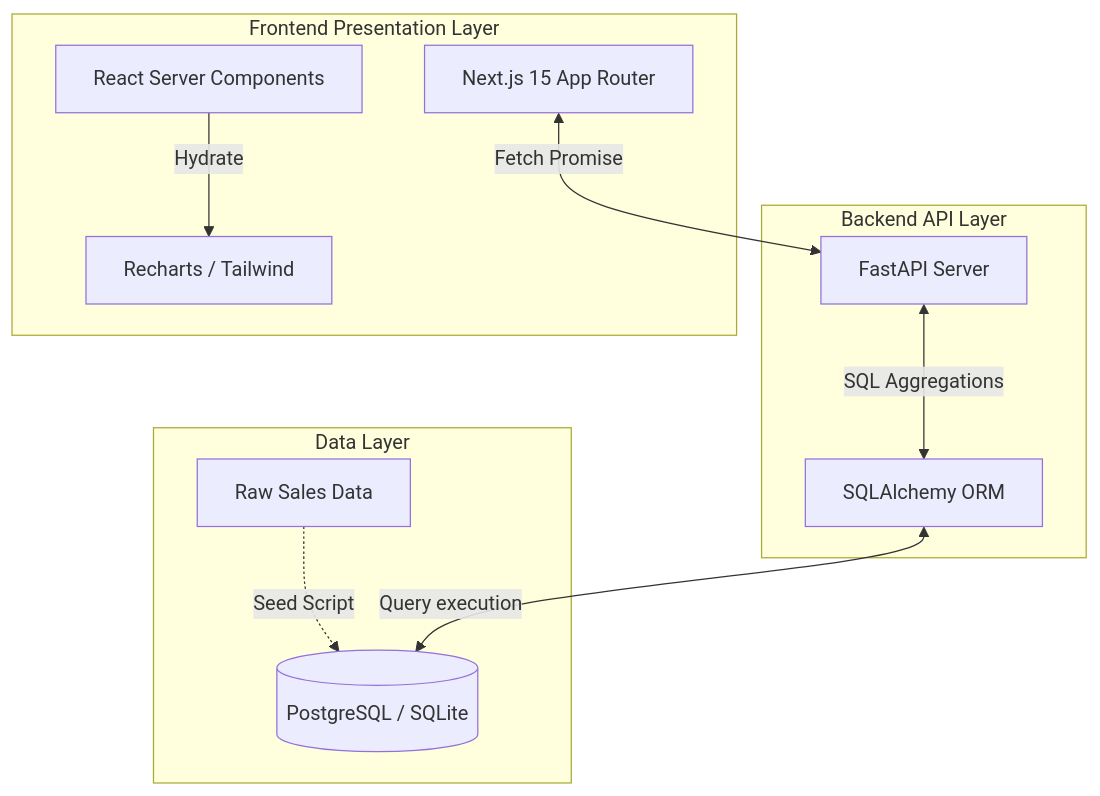
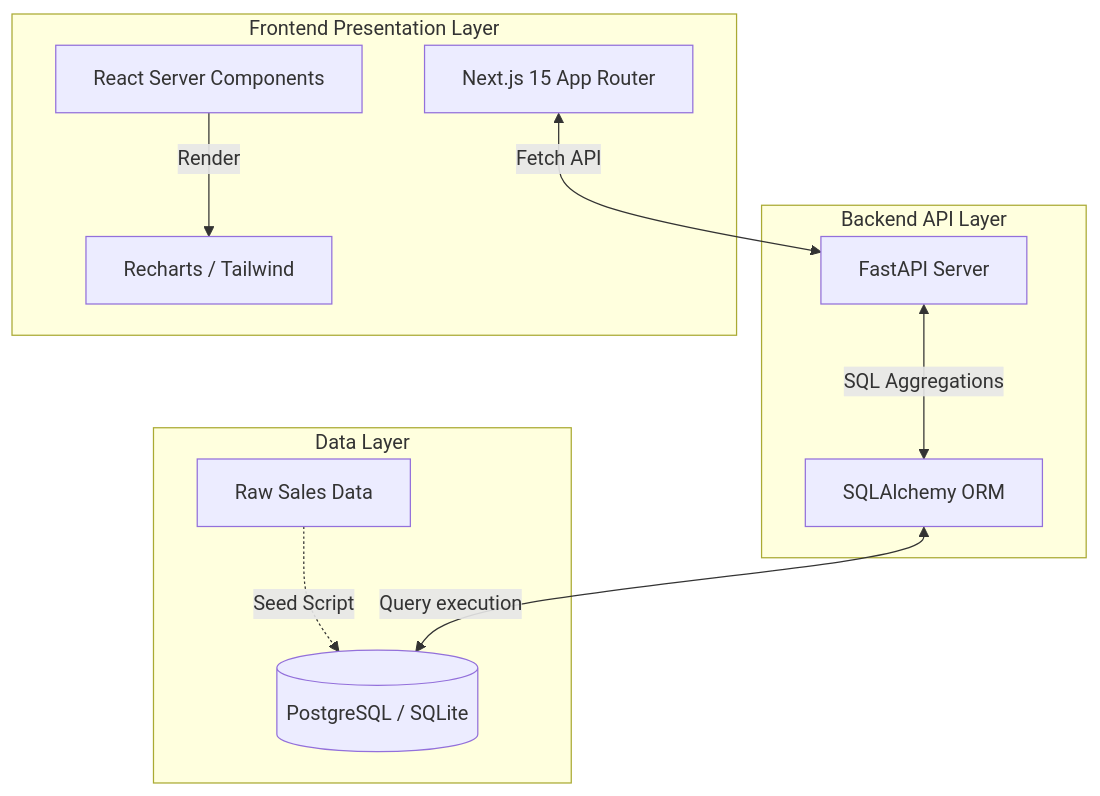
The diagram in README.md (vrindabindal12/Dashboard), drawn with Mermaid before and after one commit. The commit also changed other lines of this file, not shown here.

````diff
--- a/README.md
+++ b/README.md
@@ -40,22 +59,22 @@
 ```mermaid
 graph TD
     subgraph Data Layer
         DB[(PostgreSQL / SQLite)]
         RawData[Raw Sales Data] -.-> |Seed Script| DB
     end
 
     subgraph Backend API Layer
         FA[FastAPI Server]
         ORM[SQLAlchemy ORM]
         FA <--> |SQL Aggregations| ORM
         ORM <--> |Query execution| DB
     end
 
     subgraph Frontend Presentation Layer
         Next[Next.js 15 App Router]
         RSC[React Server Components]
         UI[Recharts / Tailwind]
-        Next <--> |Fetch Promise| FA
-        RSC --> |Hydrate| UI
+        Next <--> |Fetch API| FA
+        RSC --> |Render| UI
     end
 ```
````
